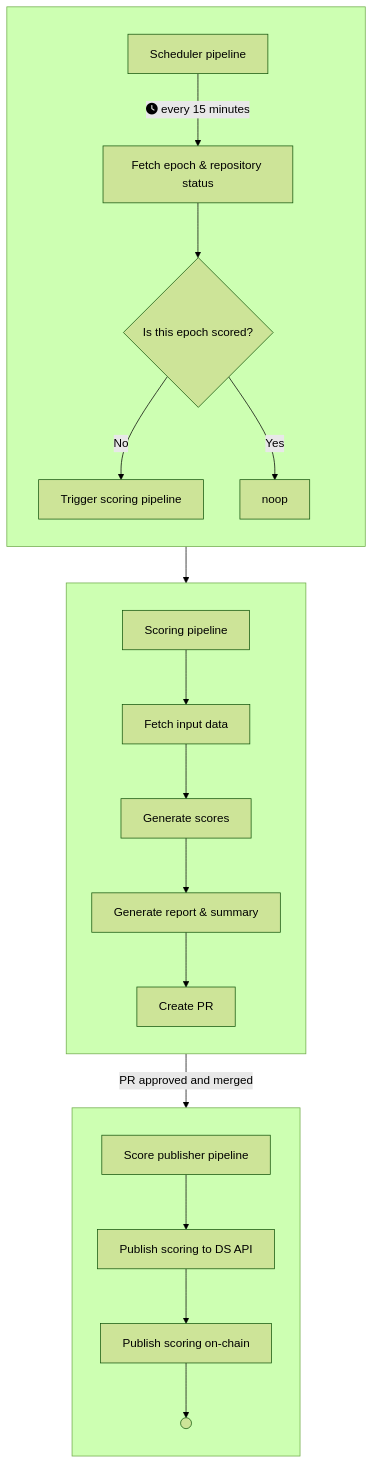
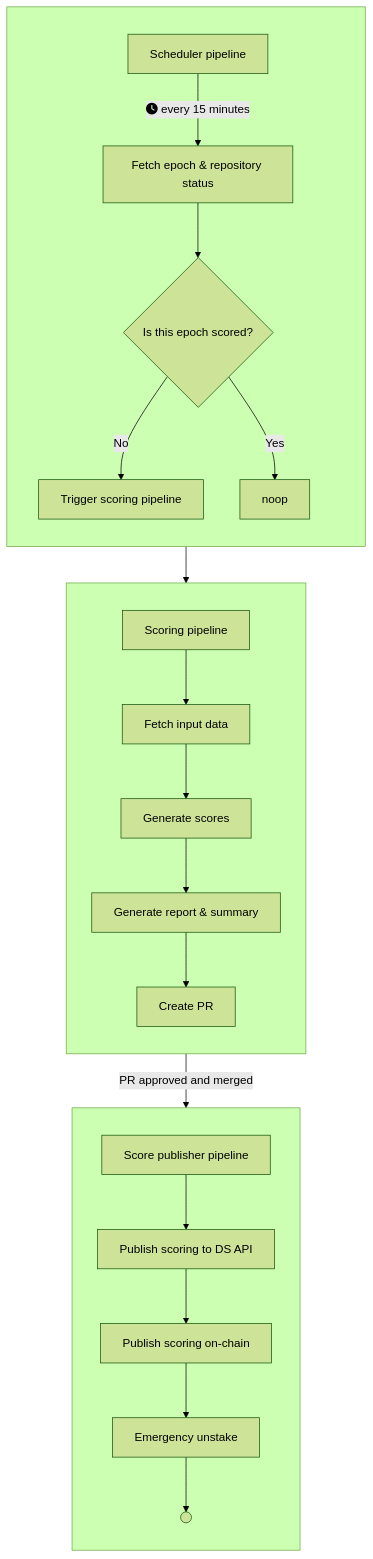
Before and after one commit to marinade-finance/delegation-strategy-pipeline: the diagram in README.md, drawn with Mermaid (forest theme). The commit also changed 1 other file, not shown here.

Commit message:
emergency unstake (#38)

````diff
--- a/README.md
+++ b/README.md
@@ -11,28 +11,29 @@
 ```mermaid
 flowchart TB
     subgraph scheduler [ ]
         direction TB
         scheduler_a[Scheduler pipeline] -->|fa:fa-clock every 15 minutes| scheduler_b
         scheduler_b[Fetch epoch & repository status] --> scheduler_c
         scheduler_c{Is this epoch scored?}
         scheduler_c -->|No| scheduler_d[Trigger scoring pipeline]
         scheduler_c -->|Yes| scheduler_e[noop]
     end
     subgraph scoring [ ]
         direction TB
         scoring_a[Scoring pipeline] -->scoring_b
         scoring_b[Fetch input data] -->scoring_c
         scoring_c[Generate scores] -->scoring_d
         scoring_d[Generate report & summary] -->scoring_e
         scoring_e[Create PR]
     end
     subgraph publish [ ]
         direction TB
         publish_a[Score publisher pipeline] -->publish_b
         publish_b[Publish scoring to DS API] -->publish_c
         publish_c[Publish scoring on-chain] -->publish_d
-        publish_d(( ))
+        publish_d[Emergency unstake] -->publish_e
+        publish_e(( ))
     end
     scheduler_d -->scoring_a
     scoring_e -->|PR approved and merged| publish_a
 ```
````
